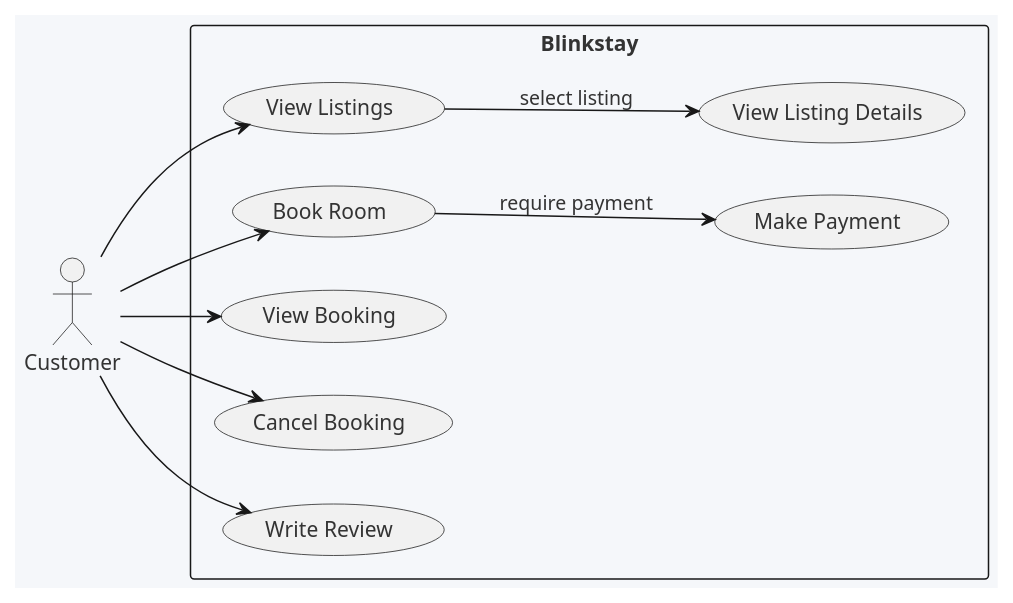
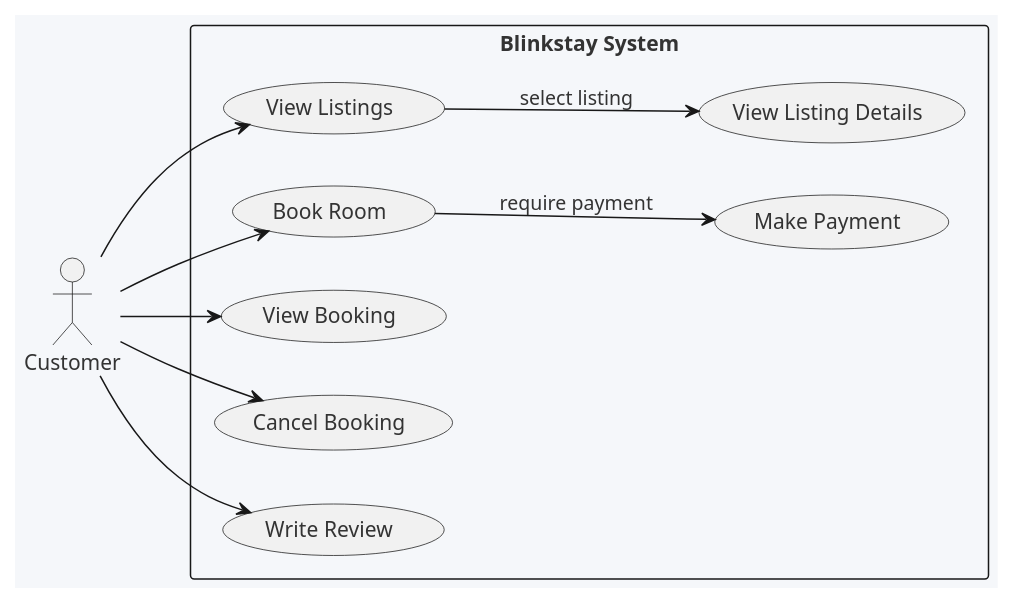
Before and after one commit to qutubuddinkhan07/blinkstay-modular-monolith: the first of 2 diagrams in system-design/02-use-cases.puml, drawn with PlantUML. The commit also changed other lines of this file, not shown here.

```diff
--- a/system-design/02-use-cases.puml
+++ b/system-design/02-use-cases.puml
@@ -1,35 +1,35 @@
 @startuml UseCase
 
 ' 1. Change the entire diagram background color
 skinparam {
     BackgroundColor #F5F7FA
     DefaultFontColor #333333
 }
 
 left to right direction
 
 actor "Customer" as User
 
-rectangle "Blinkstay" {
+rectangle "Blinkstay System" {
     ' top to bottom direction
     usecase "View Listings" as UC1
     usecase "View Listing Details" as UC2
     usecase "Book Room" as UC3
     usecase "Make Payment" as UC4
     usecase "View Booking" as UC5
     usecase "Cancel Booking" as UC6
     usecase "Write Review" as UC7
 }
 
 User --> UC1
 ' User --> UC2
 User --> UC3
 ' User --> UC4
 User --> UC5
 User --> UC6
 User --> UC7
 
 UC1 --> UC2 : select listing
 UC3 --> UC4 : require payment
 
 @enduml
```
